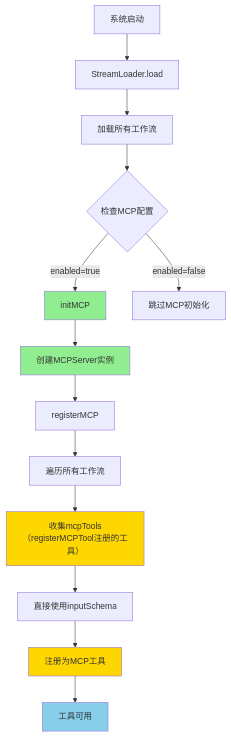
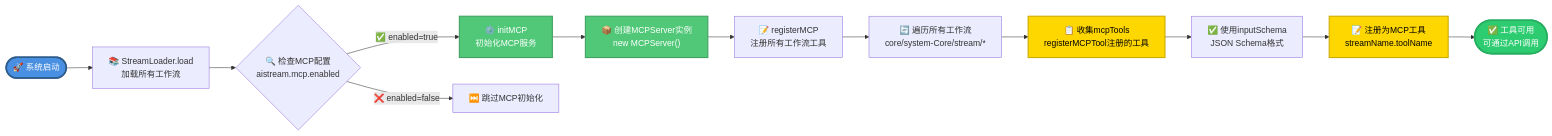
One commit to sunflowermm/XRK-AGT changed the sixth of 7 diagrams in docs/mcp-guide.md. Above: the diagram before and after it, drawn with Mermaid. The commit also changed other lines of this file and 1 other file, not shown here.

````diff
--- a/docs/mcp-guide.md
+++ b/docs/mcp-guide.md
@@ -481,21 +548,24 @@
 ```mermaid
-flowchart TB
-    A["系统启动"] --> B["StreamLoader.load"]
-    B --> C["加载所有工作流"]
-    C --> D{"检查MCP配置"}
-    D -->|enabled=true| E["initMCP"]
-    D -->|enabled=false| Z["跳过MCP初始化"]
-    E --> F["创建MCPServer实例"]
-    F --> G["registerMCP"]
-    G --> H["遍历所有工作流"]
-    H --> I["收集mcpTools<br/>（registerMCPTool注册的工具）"]
-    I --> J["直接使用inputSchema"]
-    J --> K["注册为MCP工具"]
-    K --> L["工具可用"]
+flowchart LR
+    Start([🚀 系统启动]) --> Load["📚 StreamLoader.load<br/>加载所有工作流"]
+    Load --> Check{"🔍 检查MCP配置<br/>aistream.mcp.enabled"}
     
-    style E fill:#90EE90
-    style F fill:#90EE90
-    style I fill:#FFD700
-    style K fill:#FFD700
-    style L fill:#87CEEB
+    Check -->|"✅ enabled=true"| Init["⚙️ initMCP<br/>初始化MCP服务"]
+    Check -->|"❌ enabled=false"| Skip["⏭️ 跳过MCP初始化"]
+    
+    Init --> Create["📦 创建MCPServer实例<br/>new MCPServer()"]
+    Create --> Register["📝 registerMCP<br/>注册所有工作流工具"]
+    
+    Register --> Loop["🔄 遍历所有工作流<br/>core/system-Core/stream/*"]
+    Loop --> Collect["📋 收集mcpTools<br/>registerMCPTool注册的工具"]
+    Collect --> Schema["✅ 使用inputSchema<br/>JSON Schema格式"]
+    Schema --> RegisterTool["📝 注册为MCP工具<br/>streamName.toolName"]
+    RegisterTool --> Available([✅ 工具可用<br/>可通过API调用])
+    
+    style Start fill:#4A90E2,stroke:#2E5C8A,stroke-width:3px,color:#fff
+    style Init fill:#50C878,stroke:#3FA060,stroke-width:2px,color:#fff
+    style Create fill:#50C878,stroke:#3FA060,stroke-width:2px,color:#fff
+    style Collect fill:#FFD700,stroke:#CCAA00,stroke-width:2px,color:#000
+    style RegisterTool fill:#FFD700,stroke:#CCAA00,stroke-width:2px,color:#000
+    style Available fill:#2ECC71,stroke:#27AE60,stroke-width:3px,color:#fff
 ```
````
